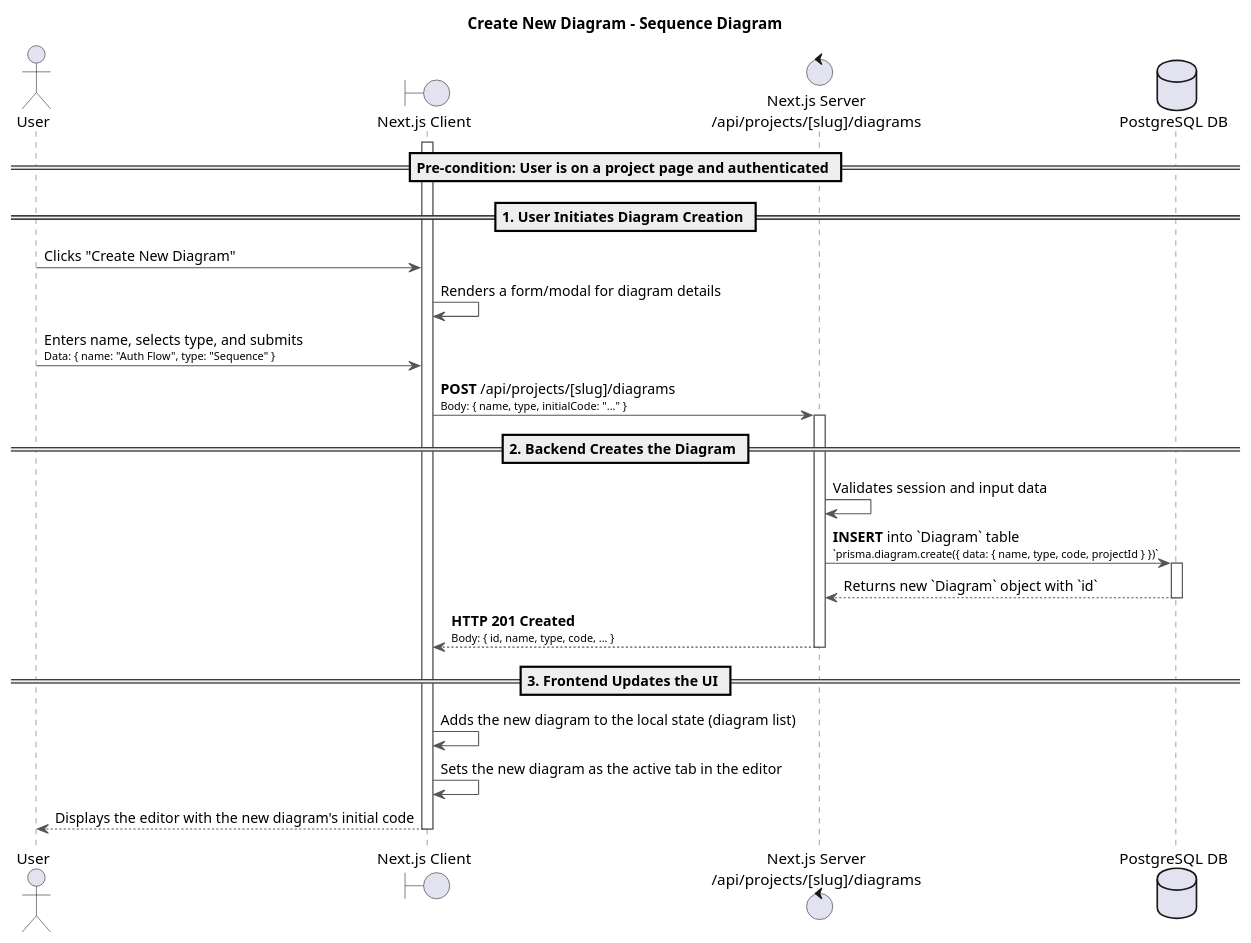
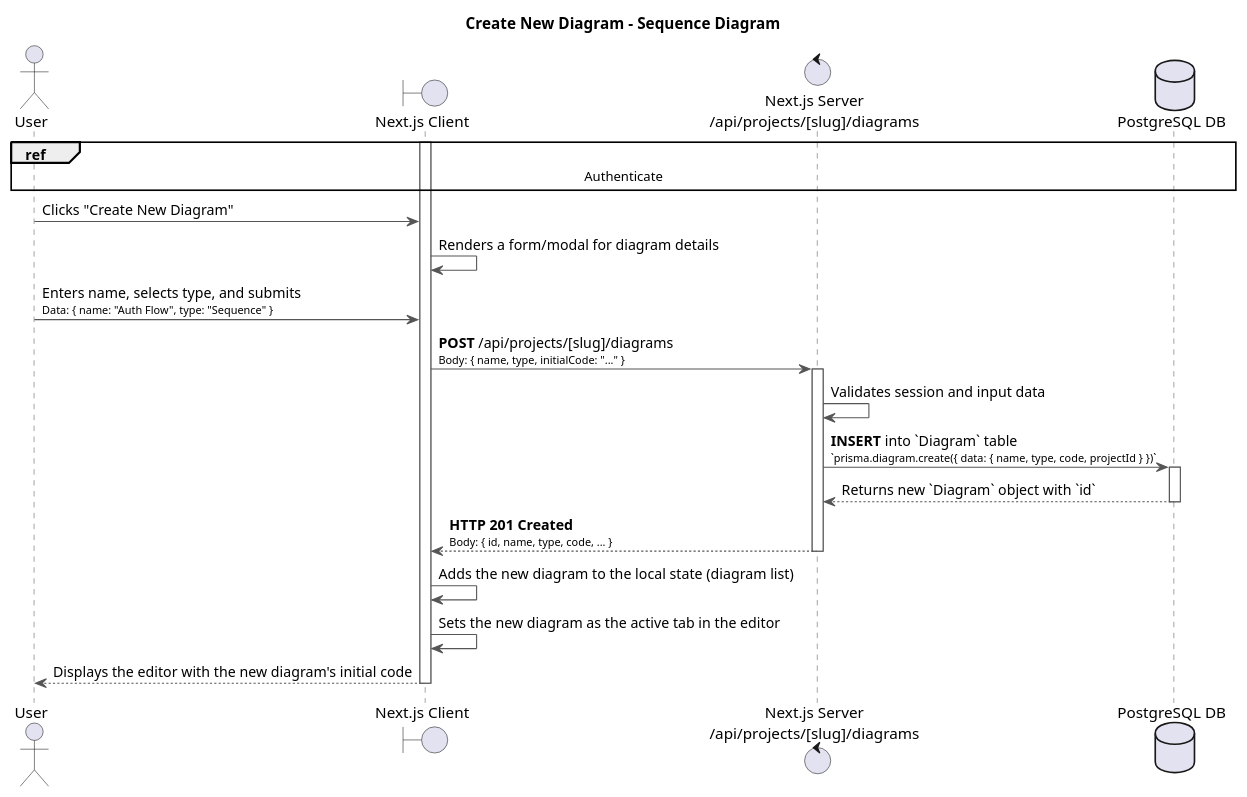
One commit to souhaib-askri/report_pfe changed the diagram in conception/SprintIV/sequence_diagrams/sequence_diagramManagement_4_1_CreateNewDiagram.puml. Above: the diagram before and after it, drawn with PlantUML. The commit also changed 62 other files, not shown here.

```diff
--- a/conception/SprintIV/sequence_diagrams/sequence_diagramManagement_4_1_CreateNewDiagram.puml
+++ b/conception/SprintIV/sequence_diagrams/sequence_diagramManagement_4_1_CreateNewDiagram.puml
@@ -1,46 +1,43 @@
 @startuml
 title Create New Diagram - Sequence Diagram
 
 actor User
 boundary "Next.js Client" as Client
 control "Next.js Server\n/api/projects/[slug]/diagrams" as Server
 database "PostgreSQL DB" as DB
 
 skinparam sequence {
     ArrowColor #555
     ActorBorderColor #555
     LifeLineBorderColor #555
     ParticipantBorderColor #007bff
     DatabaseBorderColor #d9534f
     ControlBorderColor #5cb85c
     BoundaryBorderColor #f0ad4e
 }
 
-== Pre-condition: User is on a project page and authenticated ==
+ref over User, DB: Authenticate
 
-== 1. User Initiates Diagram Creation ==
 activate Client
 User -> Client: Clicks "Create New Diagram"
 Client -> Client: Renders a form/modal for diagram details
 
 User -> Client: Enters name, selects type, and submits\n<font size=10>Data: { name: "Auth Flow", type: "Sequence" }</font>
 Client -> Server: **POST** /api/projects/[slug]/diagrams\n<font size=10>Body: { name, type, initialCode: "..." }</font>
 activate Server
 
-== 2. Backend Creates the Diagram ==
 Server -> Server: Validates session and input data
 Server -> DB: **INSERT** into `Diagram` table\n<font size=10>`prisma.diagram.create({ data: { name, type, code, projectId } })`</font>
 activate DB
 DB --> Server: Returns new `Diagram` object with `id`
 deactivate DB
 
 Server --> Client: **HTTP 201 Created**\n<font size=10>Body: { id, name, type, code, ... }</font>
 deactivate Server
 
-== 3. Frontend Updates the UI ==
 Client -> Client: Adds the new diagram to the local state (diagram list)
 Client -> Client: Sets the new diagram as the active tab in the editor
 Client --> User: Displays the editor with the new diagram's initial code
 deactivate Client
 
 @enduml
```
